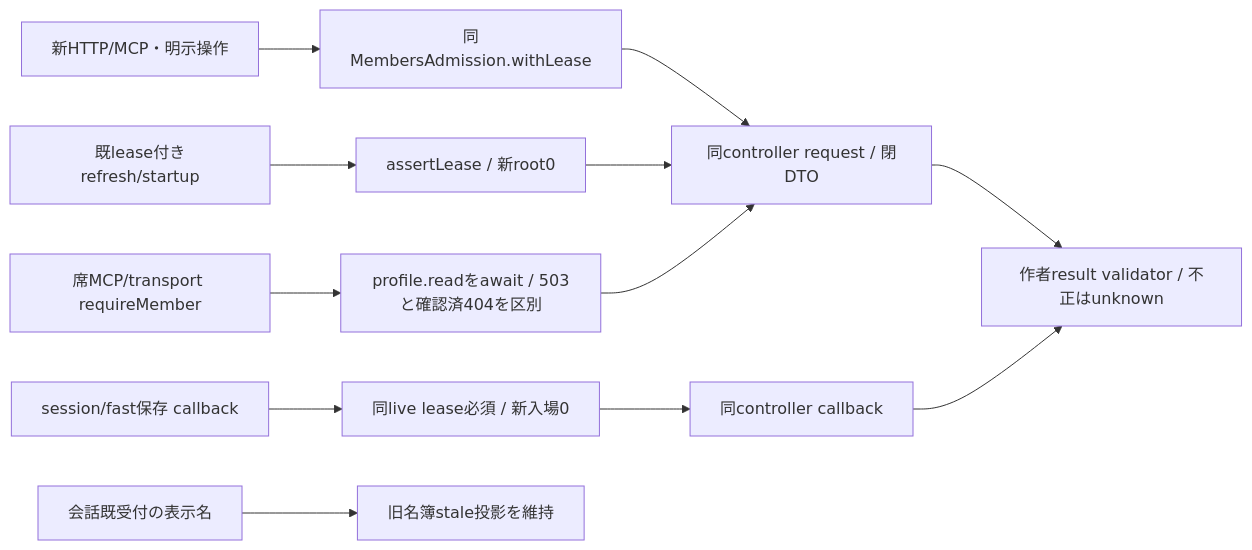
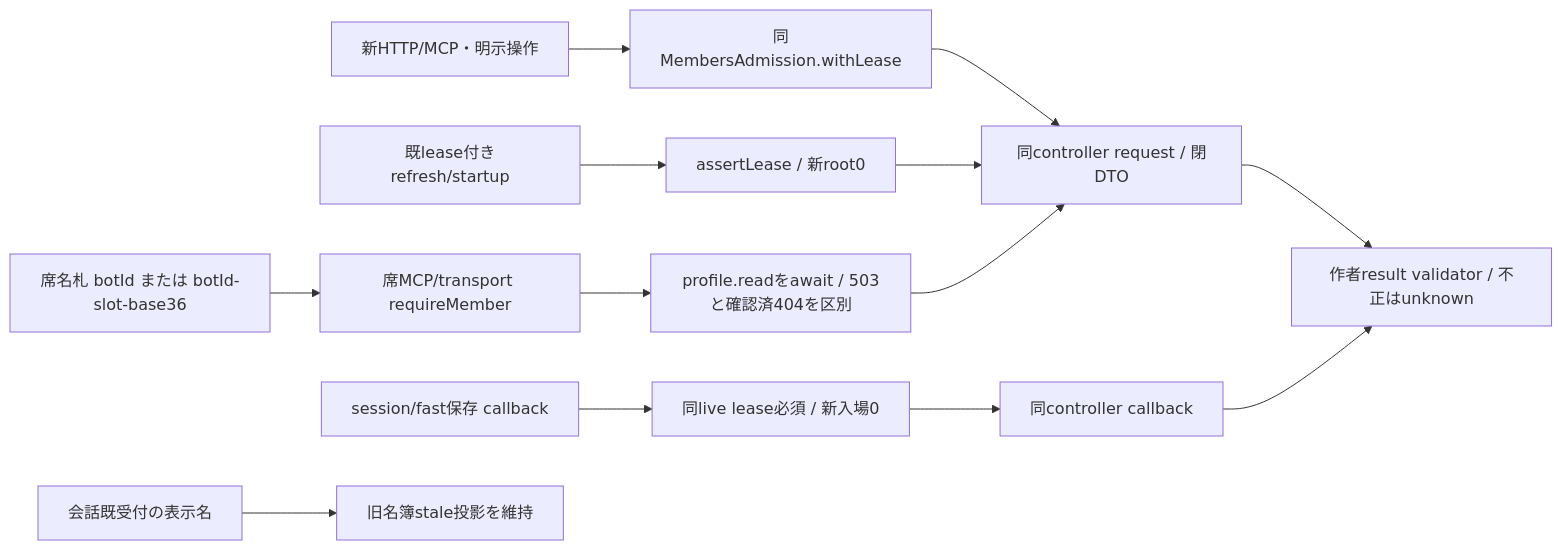
One commit to kitepon/BellTeam changed diagram 16 of 42 in docs/architecture/modules/integration/README.md. Above: the diagram before and after it, drawn with Mermaid. The commit also changed other lines of this file and 4 other files, not shown here.

First line of the commit message:
Resolve account seat names to their Bot at the seat MCP ingress

````diff
--- a/docs/architecture/modules/integration/README.md
+++ b/docs/architecture/modules/integration/README.md
@@ -334,14 +334,15 @@
 ```mermaid
 flowchart LR
   Ingress[新HTTP/MCP・明示操作] --> Gate[同MembersAdmission.withLease]
   Old[既lease付きrefresh/startup] --> Existing[assertLease / 新root0]
   Gate --> Request[同controller request / 閉DTO]
   Existing --> Request
   Save[session/fast保存 callback] --> Assert[同live lease必須 / 新入場0]
   Assert --> Callback[同controller callback]
   Request --> Result[作者result validator / 不正はunknown]
   Callback --> Result
+  Seat[席名札 botId または botId-slot-base36] --> Fresh
   Fresh[席MCP/transport requireMember] --> Read[profile.readをawait / 503と確認済404を区別]
   Read --> Request
   Display[会話既受付の表示名] --> Projection[旧名簿stale投影を維持]
 ```
````
